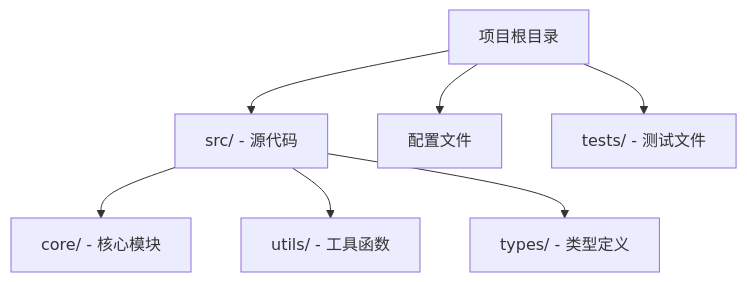
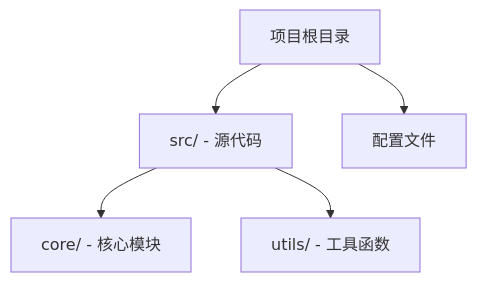
One commit to mymx2/m2-plugins changed the first of 3 diagrams in plugins/dyc/skills/repowiki/references/report-format.md. Above: the diagram before and after it, drawn with Mermaid. The commit also changed other lines of this file and 121 other files, not shown here.

````diff
--- a/plugins/dyc/skills/repowiki/references/report-format.md
+++ b/plugins/dyc/skills/repowiki/references/report-format.md
@@ -208,10 +208,8 @@
 ```mermaid
 graph TD
     Root["项目根目录"]
     Root --> Src["src/ - 源代码"]
     Root --> Config["配置文件"]
-    Root --> Tests["tests/ - 测试文件"]
     Src --> Core["core/ - 核心模块"]
     Src --> Utils["utils/ - 工具函数"]
-    Src --> Types["types/ - 类型定义"]
 ```
````
